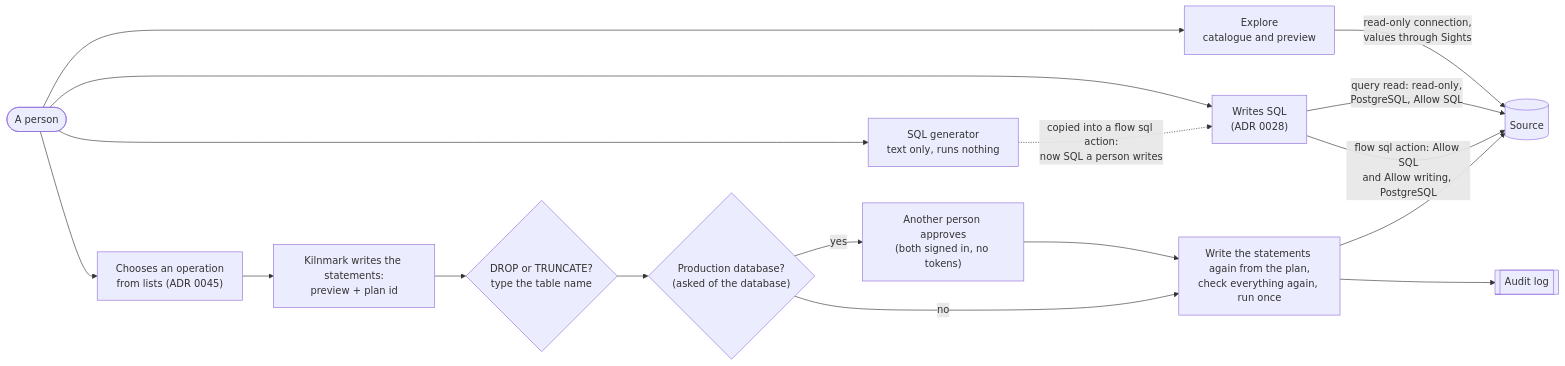
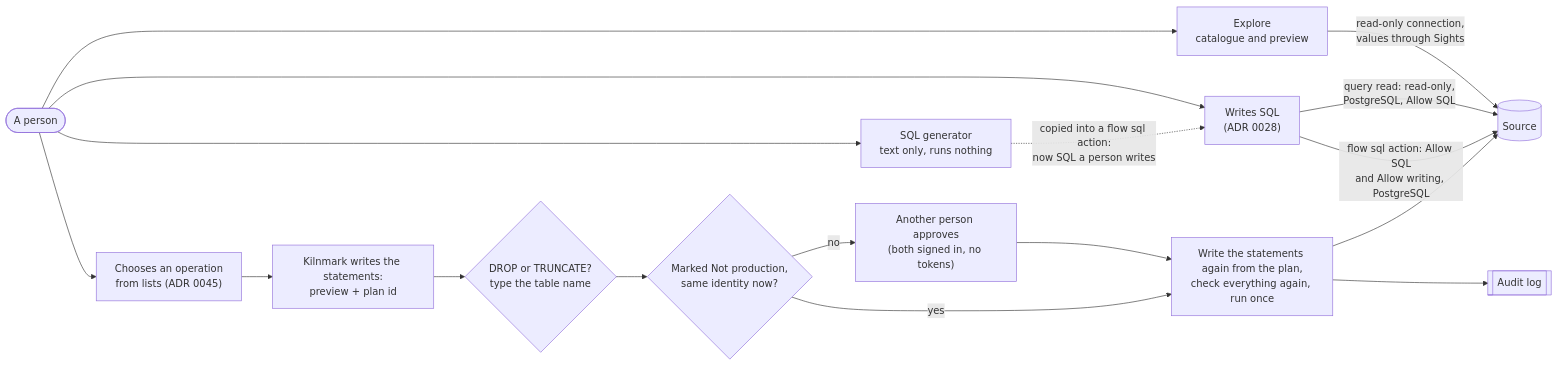
The diagram in docs/adr/0045-database-tools.md (jporeilly/KilnMark), drawn with Mermaid before and after one commit. The commit also changed other lines of this file and 2 other files, not shown here.

First line of the commit message:
ADR 0045: third review - approval by default, Not production by mark

````diff
--- a/docs/adr/0045-database-tools.md
+++ b/docs/adr/0045-database-tools.md
@@ -264,18 +284,18 @@
 ```mermaid
 flowchart LR
   P(["A person"]) --> Q["Explore<br/>catalogue and preview"]
   P --> G["SQL generator<br/>text only, runs nothing"]
   P --> W["Writes SQL<br/>(ADR 0028)"]
   P --> O["Chooses an operation<br/>from lists (ADR 0045)"]
   Q -->|"read-only connection,<br/>values through Sights"| DB[("Source")]
   W -->|"query read: read-only,<br/>PostgreSQL, Allow SQL"| DB
   W -->|"flow sql action: Allow SQL<br/>and Allow writing, PostgreSQL"| DB
   O --> PV["Kilnmark writes the statements:<br/>preview + plan id"]
   PV --> C{"DROP or TRUNCATE?<br/>type the table name"}
-  C --> PR{"Production database?<br/>(asked of the database)"}
-  PR -- "yes" --> AP["Another person approves<br/>(both signed in, no tokens)"] --> RUN
-  PR -- "no" --> RUN["Write the statements again from the plan,<br/>check everything again, run once"]
+  C --> PR{"Marked Not production,<br/>same identity now?"}
+  PR -- "no" --> AP["Another person approves<br/>(both signed in, no tokens)"] --> RUN
+  PR -- "yes" --> RUN["Write the statements again from the plan,<br/>check everything again, run once"]
   RUN --> DB
   RUN --> AU[["Audit log"]]
   G -. "copied into a flow sql action:<br/>now SQL a person writes" .-> W
 ```
````
